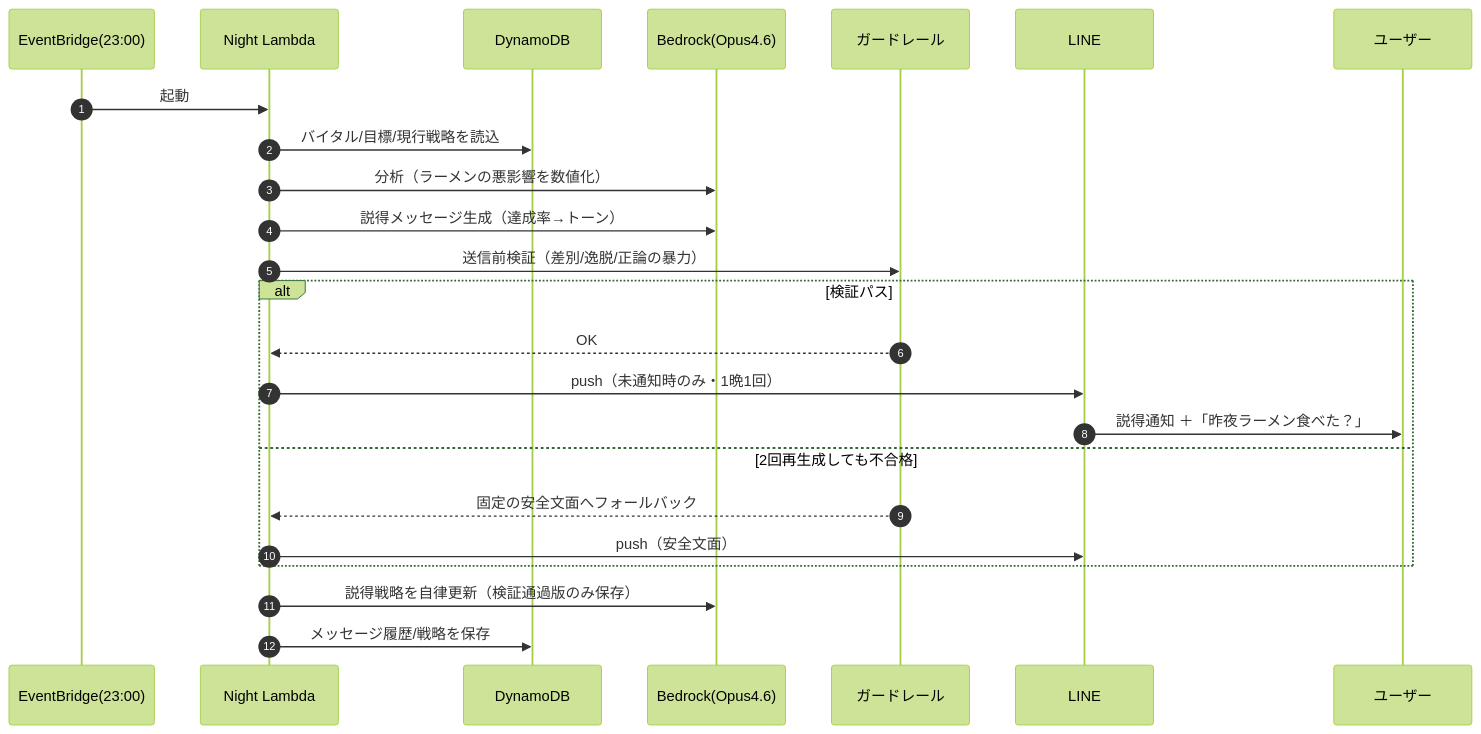
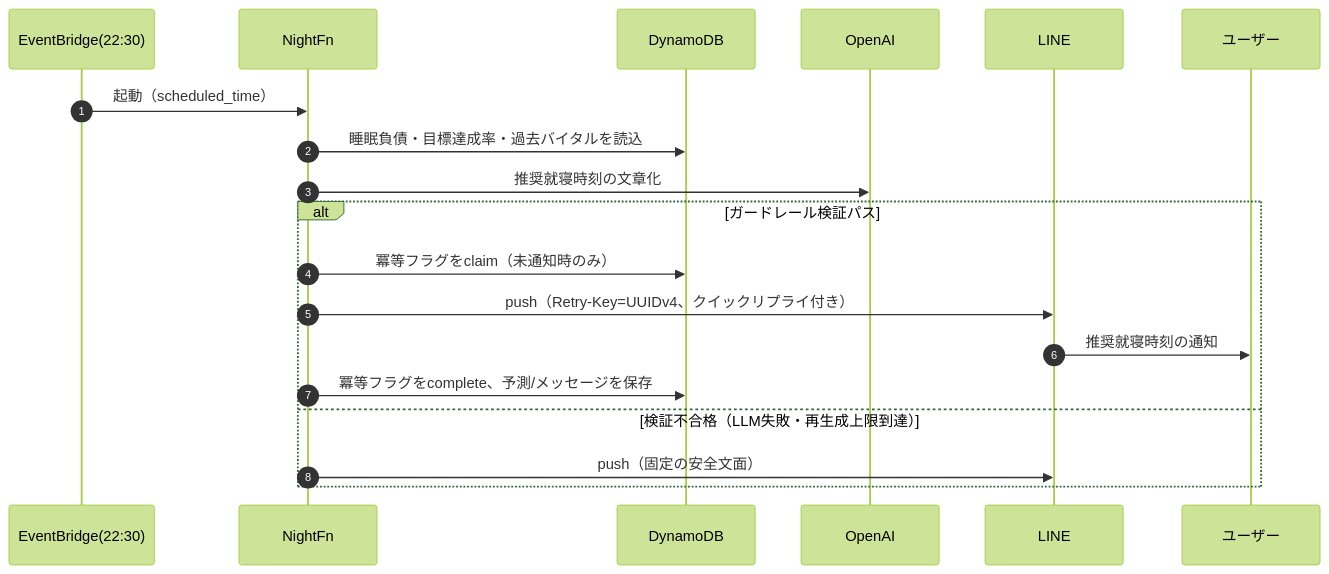
The second of 3 diagrams in docs/architecture.md (masanori-takada/260826_SleepTech_ver1.0), drawn with Mermaid (forest theme) before and after one commit. The commit also changed other lines of this file and 3 other files, not shown here.

First line of the commit message:
docs: デプロイ手順書とSleepTech構成図を整備

````diff
--- a/docs/architecture.md
+++ b/docs/architecture.md
@@ -88,27 +79,22 @@
 ```mermaid
 sequenceDiagram
     autonumber
-    participant EB as EventBridge(23:00)
-    participant N as Night Lambda
+    participant EB as EventBridge(22:30)
+    participant N as NightFn
     participant D as DynamoDB
-    participant B as Bedrock(Opus4.6)
-    participant G as ガードレール
+    participant O as OpenAI
     participant L as LINE
     participant U as ユーザー
 
-    EB->>N: 起動
-    N->>D: バイタル/目標/現行戦略を読込
-    N->>B: 分析（ラーメンの悪影響を数値化）
-    N->>B: 説得メッセージ生成（達成率→トーン）
-    N->>G: 送信前検証（差別/逸脱/正論の暴力）
-    alt 検証パス
-        G-->>N: OK
-        N->>L: push（未通知時のみ・1晩1回）
-        L->>U: 説得通知 ＋「昨夜ラーメン食べた？」
-    else 2回再生成しても不合格
-        G-->>N: 固定の安全文面へフォールバック
-        N->>L: push（安全文面）
+    EB->>N: 起動（scheduled_time）
+    N->>D: 睡眠負債・目標達成率・過去バイタルを読込
+    N->>O: 推奨就寝時刻の文章化
+    alt ガードレール検証パス
+        N->>D: 冪等フラグをclaim（未通知時のみ）
+        N->>L: push（Retry-Key=UUIDv4、クイックリプライ付き）
+        L->>U: 推奨就寝時刻の通知
+        N->>D: 冪等フラグをcomplete、予測/メッセージを保存
+    else 検証不合格（LLM失敗・再生成上限到達）
+        N->>L: push（固定の安全文面）
     end
-    N->>B: 説得戦略を自律更新（検証通過版のみ保存）
-    N->>D: メッセージ履歴/戦略を保存
 ```
````
